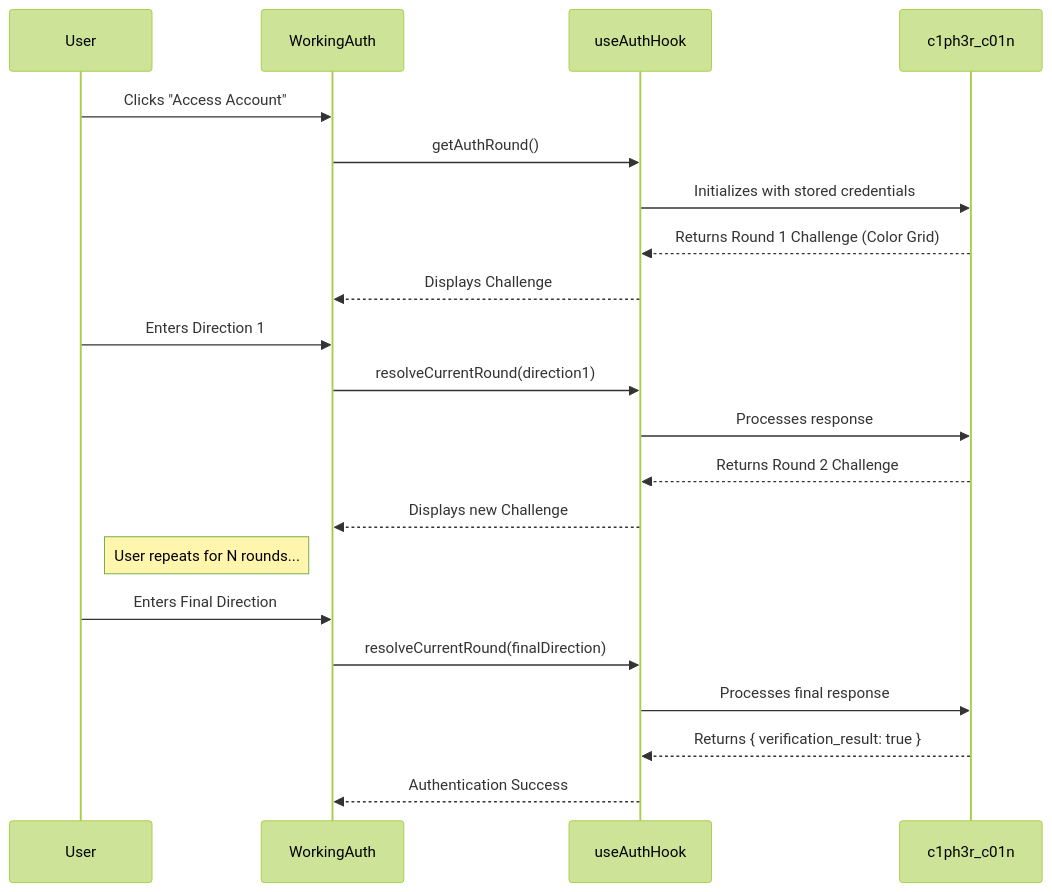
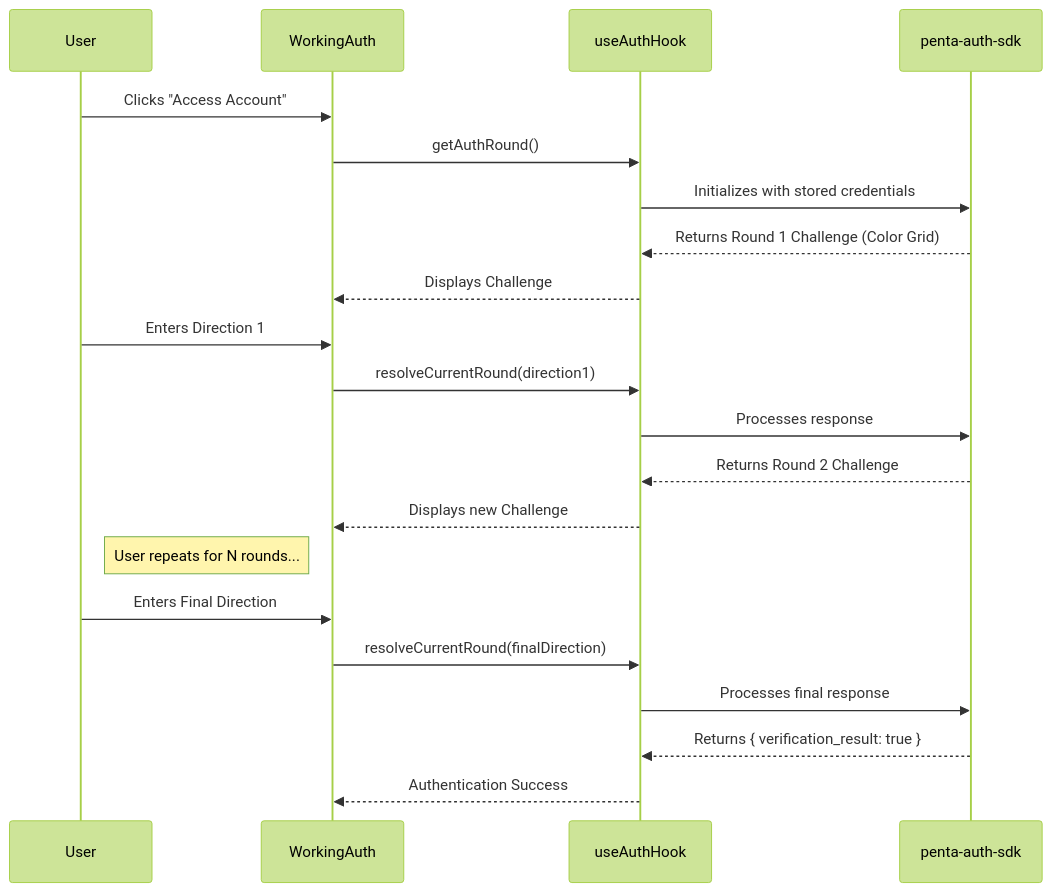
The third of 3 diagrams in audit.md (PentagonHQ/website), drawn with Mermaid (forest theme) before and after one commit. The commit also changed other lines of this file and 10 other files, not shown here.

````diff
--- a/audit.md
+++ b/audit.md
@@ -148,24 +148,24 @@
 ```mermaid
 sequenceDiagram
     participant User
     participant WorkingAuth
     participant useAuthHook
-    participant c1ph3r_c01n
+    participant penta-auth-sdk
 
     User->>WorkingAuth: Clicks "Access Account"
     WorkingAuth->>useAuthHook: getAuthRound()
-    useAuthHook->>c1ph3r_c01n: Initializes with stored credentials
-    c1ph3r_c01n-->>useAuthHook: Returns Round 1 Challenge (Color Grid)
+    useAuthHook->>penta-auth-sdk: Initializes with stored credentials
+    penta-auth-sdk-->>useAuthHook: Returns Round 1 Challenge (Color Grid)
     useAuthHook-->>WorkingAuth: Displays Challenge
     User->>WorkingAuth: Enters Direction 1
     WorkingAuth->>useAuthHook: resolveCurrentRound(direction1)
-    useAuthHook->>c1ph3r_c01n: Processes response
-    c1ph3r_c01n-->>useAuthHook: Returns Round 2 Challenge
+    useAuthHook->>penta-auth-sdk: Processes response
+    penta-auth-sdk-->>useAuthHook: Returns Round 2 Challenge
     useAuthHook-->>WorkingAuth: Displays new Challenge
     Note right of User: User repeats for N rounds...
     User->>WorkingAuth: Enters Final Direction
     WorkingAuth->>useAuthHook: resolveCurrentRound(finalDirection)
-    useAuthHook->>c1ph3r_c01n: Processes final response
-    c1ph3r_c01n-->>useAuthHook: Returns { verification_result: true }
+    useAuthHook->>penta-auth-sdk: Processes final response
+    penta-auth-sdk-->>useAuthHook: Returns { verification_result: true }
     useAuthHook-->>WorkingAuth: Authentication Success
 ```
````
